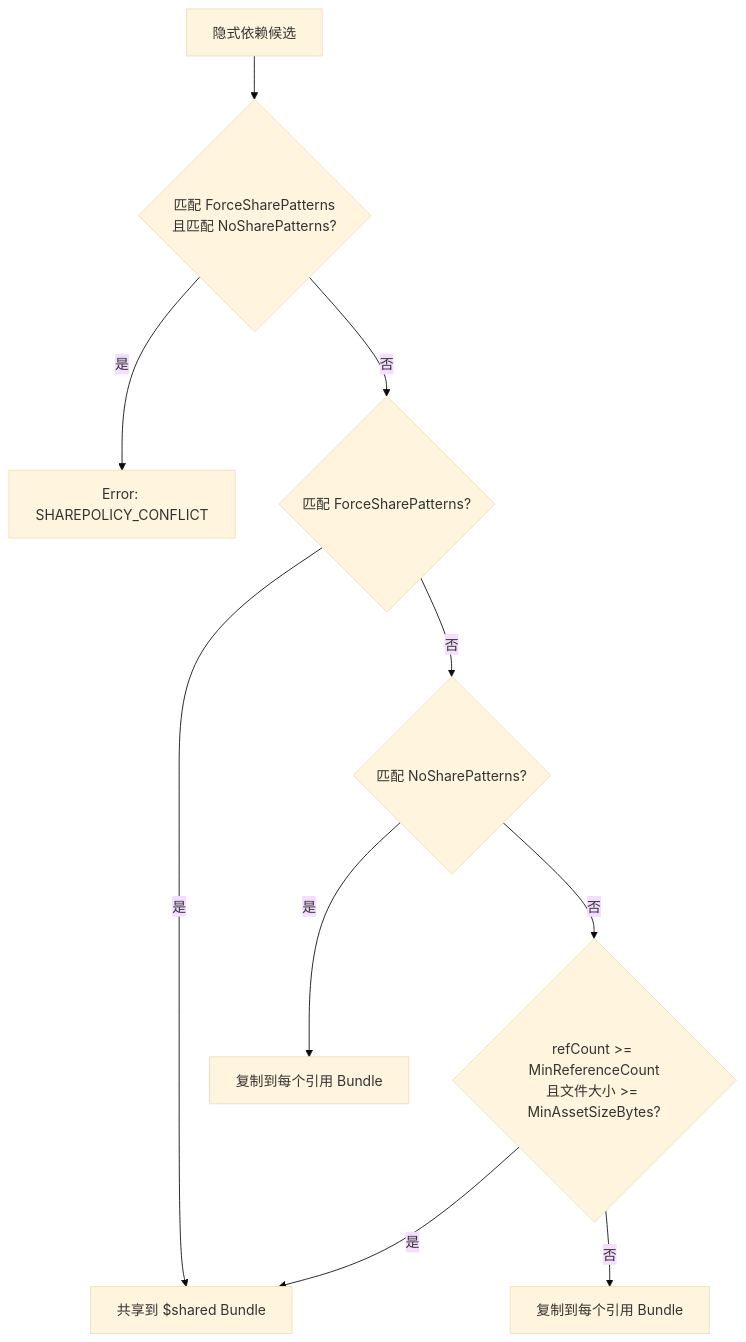
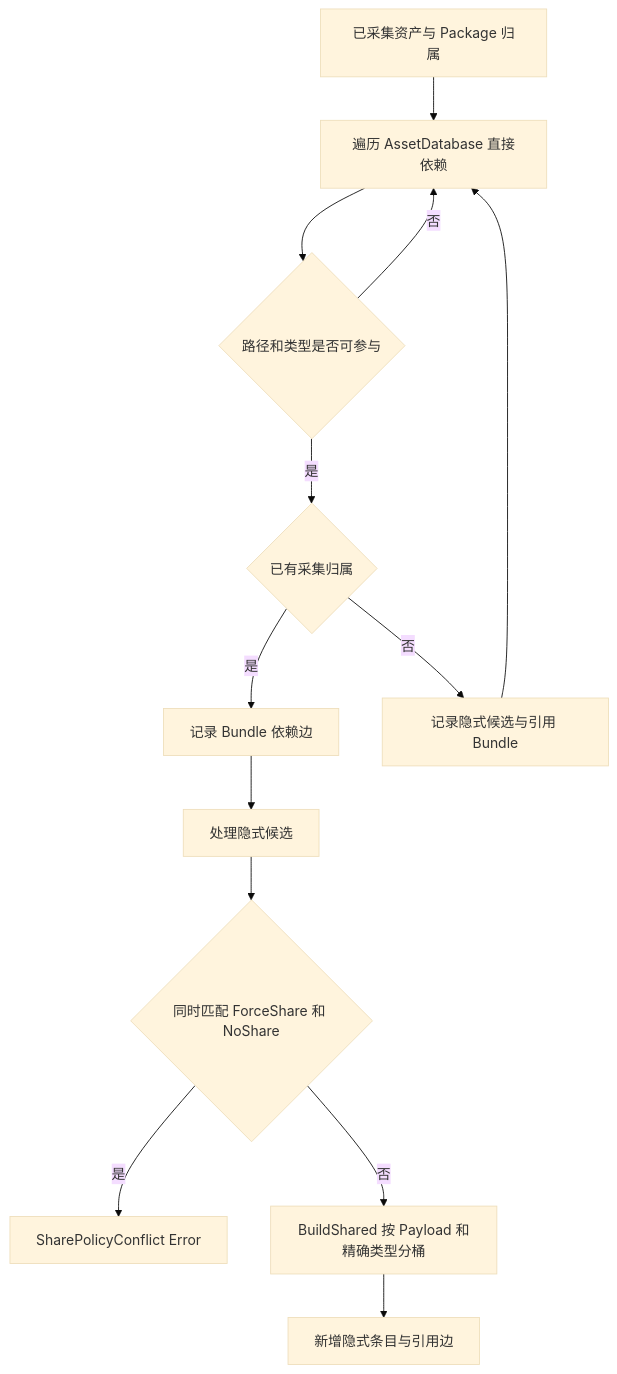
The diagram in docs/FYAsset/dependency-analysis-依赖分析.md (gitfirehappy/XLuaHotfix), drawn with Mermaid (base theme) before and after one commit. The commit also changed other lines of this file and 321 other files, not shown here.

````diff
--- a/docs/FYAsset/dependency-analysis-依赖分析.md
+++ b/docs/FYAsset/dependency-analysis-依赖分析.md
@@ -85,12 +20,15 @@
 ```mermaid
 flowchart TD
-    A[隐式依赖候选] --> B{匹配 ForceSharePatterns<br/>且匹配 NoSharePatterns?}
-    B -->|是| C[Error: SHAREPOLICY_CONFLICT]
-    B -->|否| D{匹配 ForceSharePatterns?}
-    D -->|是| E[共享到 $shared Bundle]
-    D -->|否| F{匹配 NoSharePatterns?}
-    F -->|是| G[复制到每个引用 Bundle]
-    F -->|否| H{refCount >= MinReferenceCount<br/>且文件大小 >= MinAssetSizeBytes?}
-    H -->|是| E
-    H -->|否| I[复制到每个引用 Bundle]
+    A[已采集资产与 Package 归属] --> B[遍历 AssetDatabase 直接依赖]
+    B --> C{路径和类型是否可参与}
+    C -->|否| B
+    C -->|是| D{已有采集归属}
+    D -->|是| E[记录 Bundle 依赖边]
+    D -->|否| F[记录隐式候选与引用 Bundle]
+    F --> B
+    E --> G[处理隐式候选]
+    G --> H{同时匹配 ForceShare 和 NoShare}
+    H -->|是| I[SharePolicyConflict Error]
+    H -->|否| J[BuildShared 按 Payload 和精确类型分桶]
+    J --> K[新增隐式条目与引用边]
 ```
````
